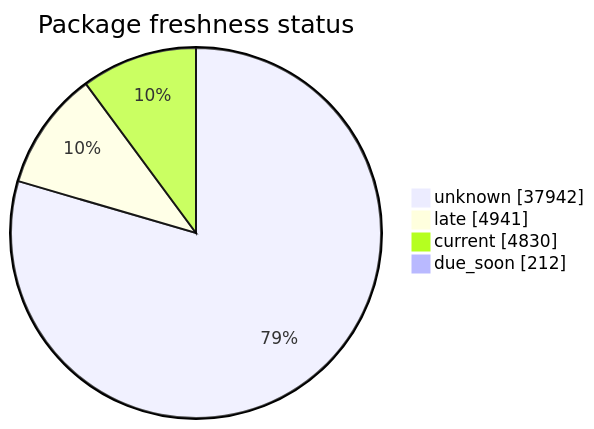
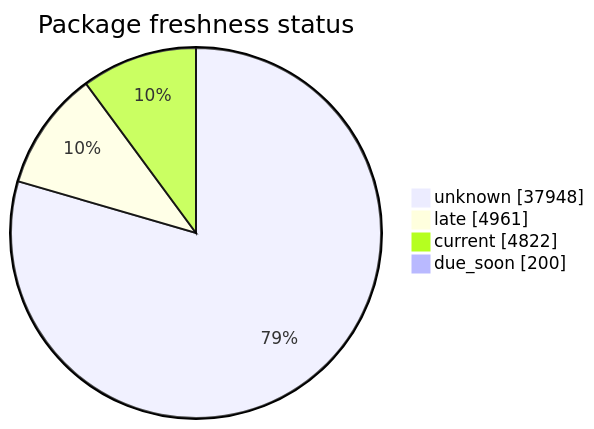
One commit to open-data/analytics-corporate-reporting changed the second of 5 diagrams in FreshCheck/README.md. Above: the diagram before and after it, drawn with Mermaid. The commit also changed other lines of this file and 3 other files, not shown here.

````diff
--- a/FreshCheck/README.md
+++ b/FreshCheck/README.md
@@ -68,7 +68,7 @@
 ```mermaid
 pie showData title Package freshness status
-    "unknown": 37942
-    "late": 4941
-    "current": 4830
-    "due_soon": 212
+    "unknown": 37948
+    "late": 4961
+    "current": 4822
+    "due_soon": 200
 ```
````
